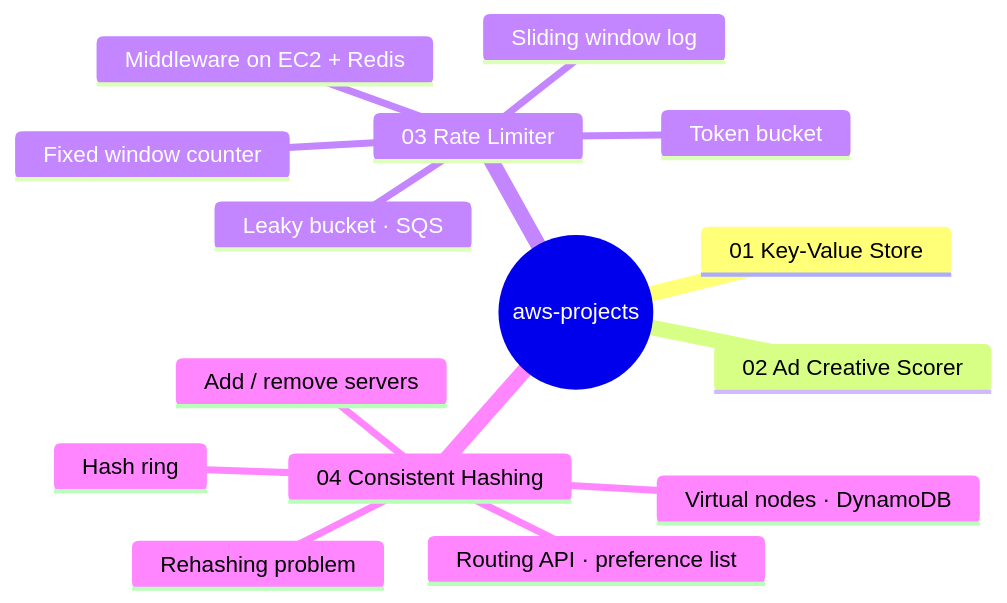
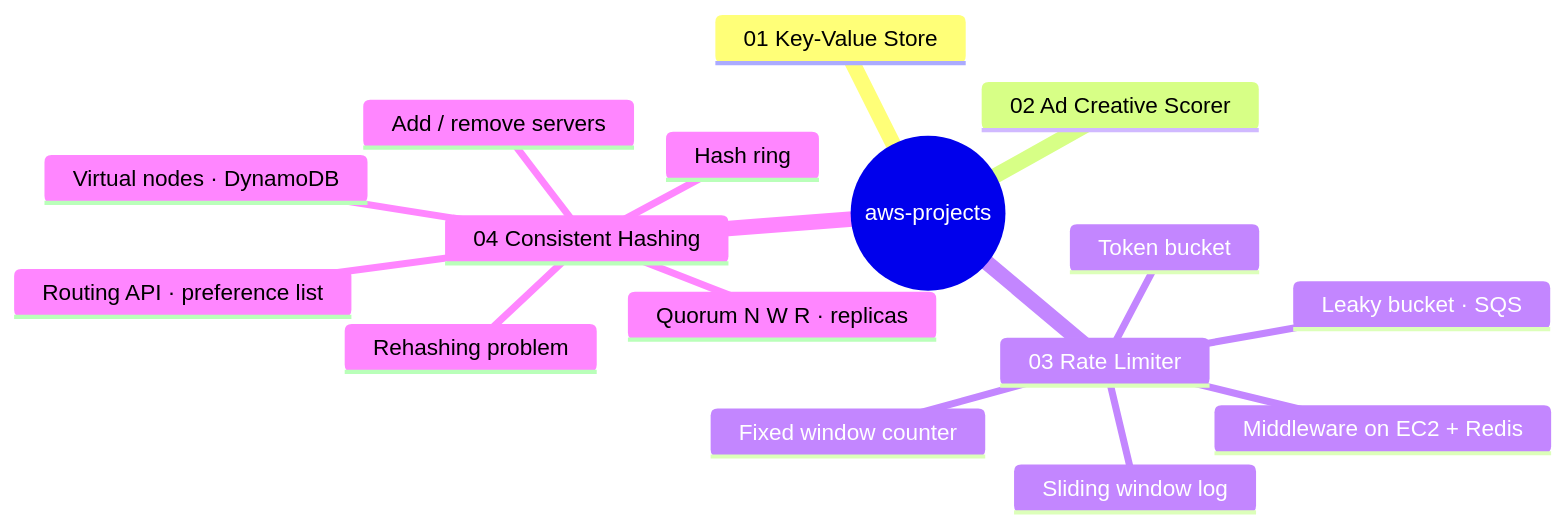
The first of 3 diagrams in README.md (TareDevarsh/AWS-cloudformation-projects), drawn with Mermaid before and after one commit. The commit also changed other lines of this file and 11 other files, not shown here.

First line of the commit message:
feat(04): quorum key-value store with N replicas, W/R quorum and simulated failure

````diff
--- a/README.md
+++ b/README.md
@@ -59,18 +59,19 @@
 ```mermaid
 mindmap
   root((aws-projects))
     01 Key-Value Store
     02 Ad Creative Scorer
     03 Rate Limiter
       Middleware on EC2 + Redis
       Token bucket
       Leaky bucket · SQS
       Sliding window log
       Fixed window counter
     04 Consistent Hashing
       Rehashing problem
       Hash ring
       Add / remove servers
       Virtual nodes · DynamoDB
       Routing API · preference list
+      Quorum N W R · replicas
 ```
````
